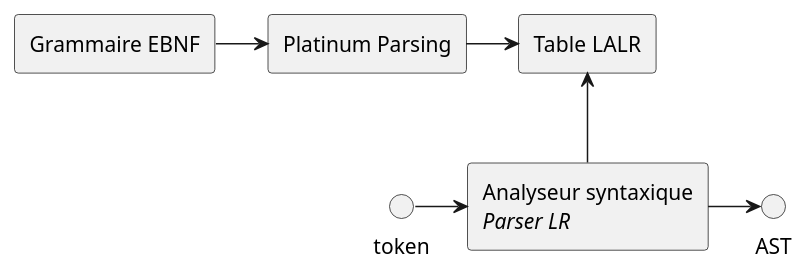
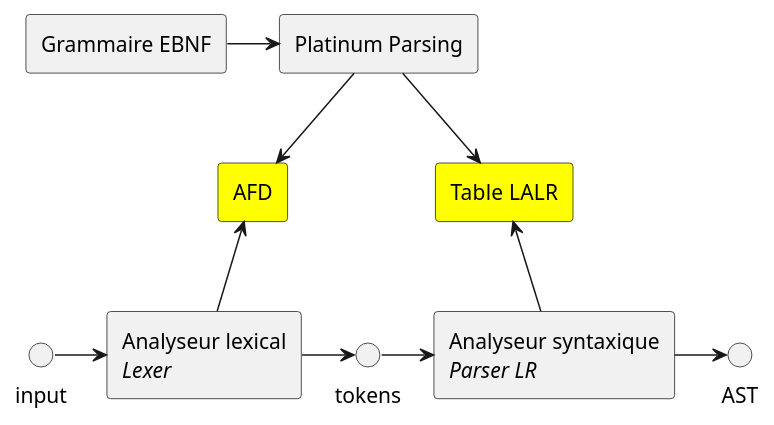
The diagram in res/diagrams/misc/compiler-parser.plantuml (chlablak/platinum-parsing), drawn with PlantUML before and after one commit. The commit also changed 43 other files, not shown here.

```diff
--- a/res/diagrams/misc/compiler-parser.plantuml
+++ b/res/diagrams/misc/compiler-parser.plantuml
@@ -1,18 +1,22 @@
 @startuml
 
-skinparam monochrome true
+rectangle "Analyseur syntaxique\n<i>Parser LR</i>" as parser
+rectangle "Analyseur lexical\n<i>Lexer</i>" as lexer
 
-rectangle "Analyseur syntaxique\n<i>Parser LR</i>" as parser
-
-rectangle "Table LALR" as table
+rectangle "Table LALR" as table #Yellow
+rectangle "AFD" as afd #Yellow
 rectangle "Platinum Parsing" as pp
 rectangle "Grammaire EBNF" as ebnf
 
-token -> parser
+input -> lexer
+lexer -> tokens
+tokens -> parser
 parser -> AST
 
 table <-- parser
+afd <-- lexer
 ebnf -> pp
-pp -> table
+pp --> table
+pp --> afd
 
 @enduml
```
